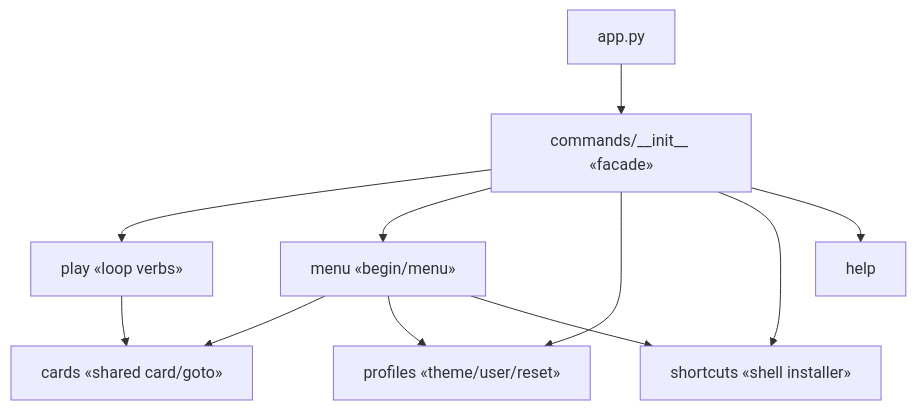
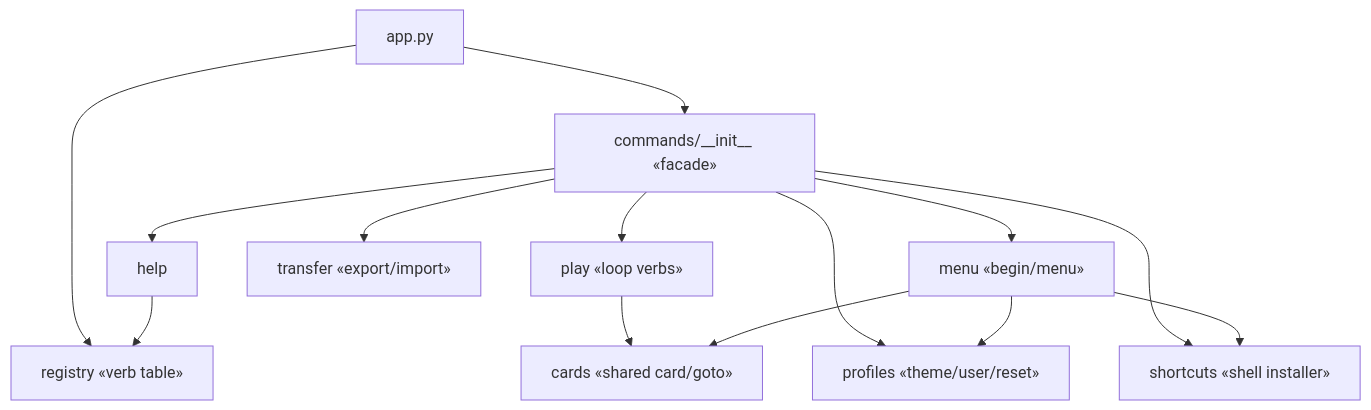
The fifth of 12 diagrams in docs/architecture/README.md (N041M/PyQuest), drawn with Mermaid before and after one commit. The commit also changed other lines of this file and 1 other file, not shown here.

First line of the commit message:
Refresh architecture diagrams for the entry split, registry, and transfer

````diff
--- a/docs/architecture/README.md
+++ b/docs/architecture/README.md
@@ -145,13 +145,16 @@
 ```mermaid
 flowchart TB
-    app["app.py"] --> cinit["commands/__init__ «facade»"]
+    app["app.py"] --> creg["registry «verb table»"]
+    app --> cinit["commands/__init__ «facade»"]
     cinit --> cplay["play «loop verbs»"]
     cinit --> cmenu["menu «begin/menu»"]
     cinit --> cprof["profiles «theme/user/reset»"]
+    cinit --> ctrans["transfer «export/import»"]
     cinit --> cshort["shortcuts «shell installer»"]
     cinit --> chelp["help"]
     cplay --> ccards["cards «shared card/goto»"]
     cmenu --> ccards
     cmenu --> cprof
     cmenu --> cshort
+    chelp --> creg
 ```
````
